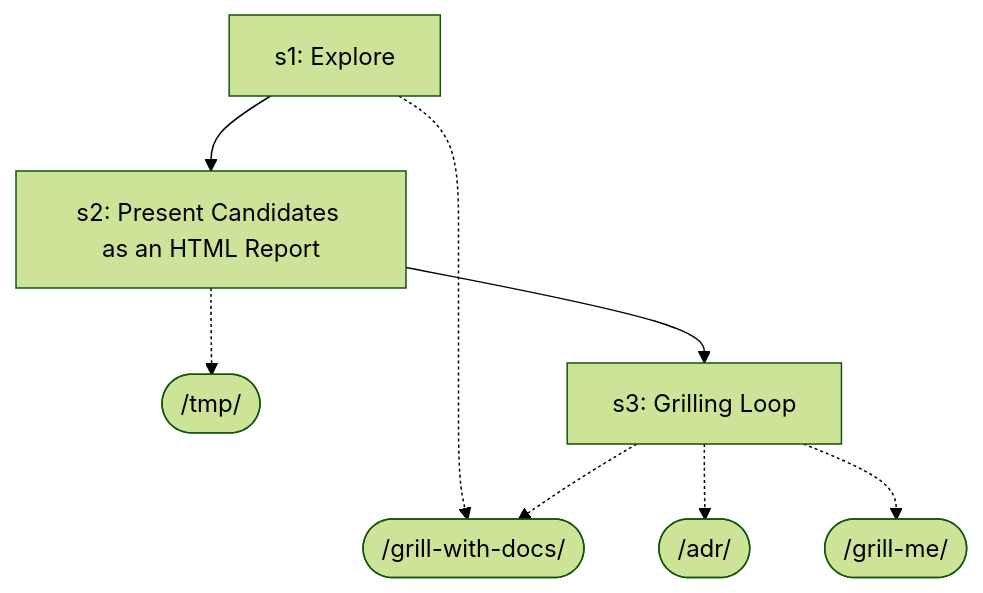
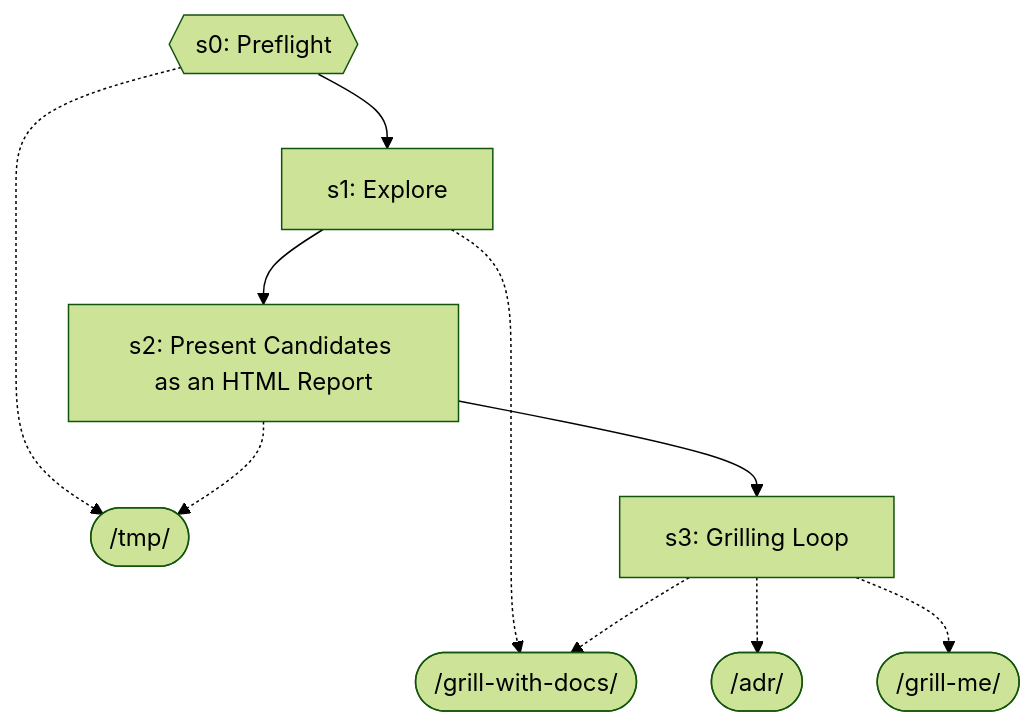
Before and after one commit to abhayla/claude-best-practices: the ninth of 9 diagrams in docs/workflows/documentation.md, drawn with Mermaid (forest theme). The commit also changed other lines of this file and 13 other files, not shown here.

````diff
--- a/docs/workflows/documentation.md
+++ b/docs/workflows/documentation.md
@@ -422,18 +440,22 @@
 ```mermaid
 graph TD
+    s0{{s0: Preflight}}
+    tmp_ext([/tmp/])
+    s0 -.-> tmp_ext
     s1["s1: Explore"]
+    s0 --> s1
     grill_with_docs_ext([/grill-with-docs/])
     s1 -.-> grill_with_docs_ext
     s2["s2: Present Candidates as an HTML Report"]
     s1 --> s2
     tmp_ext([/tmp/])
     s2 -.-> tmp_ext
     s3["s3: Grilling Loop"]
     s2 --> s3
     adr_ext([/adr/])
     s3 -.-> adr_ext
     grill_me_ext([/grill-me/])
     s3 -.-> grill_me_ext
     grill_with_docs_ext([/grill-with-docs/])
     s3 -.-> grill_with_docs_ext
 ```
````
